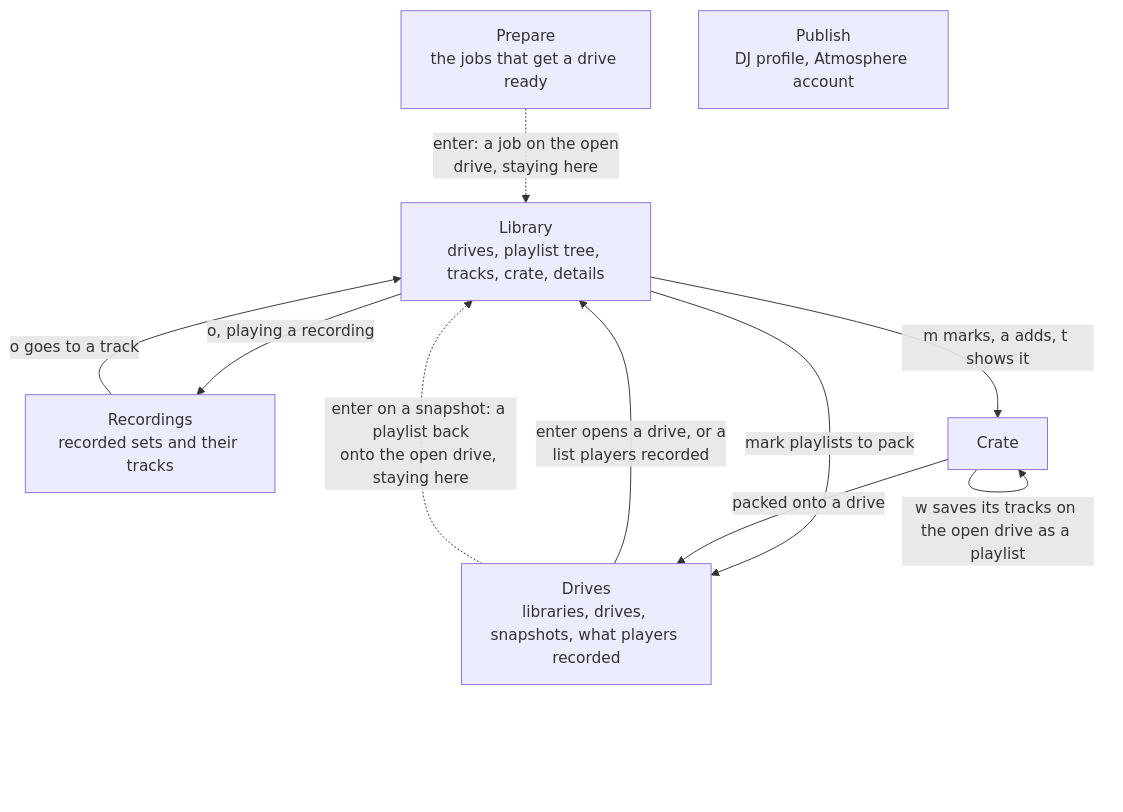
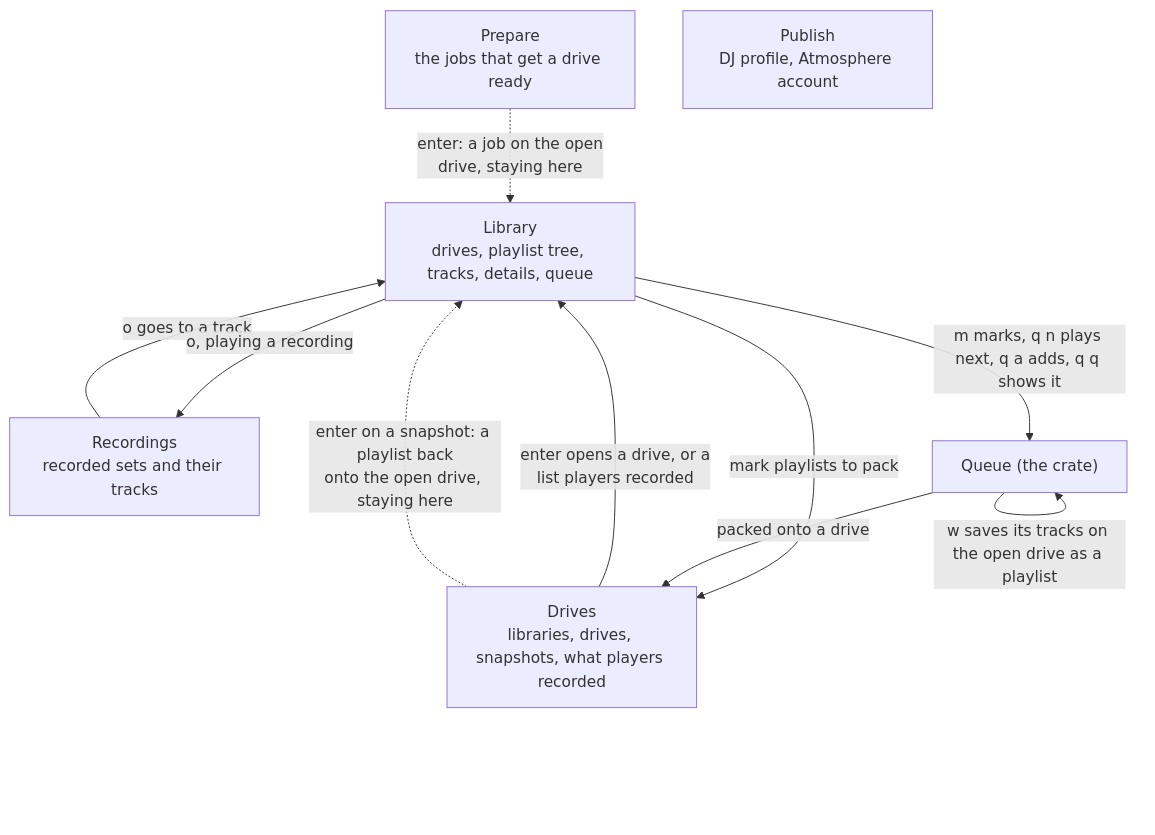
One commit to cutenode/localnetwork changed the first of 17 diagrams in apps/locallibrary/docs/diagrams/player.md. Above: the diagram before and after it, drawn with Mermaid. The commit also changed other lines of this file and 48 other files, not shown here.

First line of the commit message:
feat(locallibrary): a real queue for what plays next

````diff
--- a/apps/locallibrary/docs/diagrams/player.md
+++ b/apps/locallibrary/docs/diagrams/player.md
@@ -27,17 +27,17 @@
 ```mermaid
 flowchart TD
-    library["Library<br/>drives, playlist tree, tracks, crate, details"]
+    library["Library<br/>drives, playlist tree, tracks, details, queue"]
     prepare["Prepare<br/>the jobs that get a drive ready"]
     drives["Drives<br/>libraries, drives, snapshots, what players recorded"]
     recordings["Recordings<br/>recorded sets and their tracks"]
     publish["Publish<br/>DJ profile, Atmosphere account"]
     drives -->|"enter opens a drive, or a<br/>list players recorded"| library
     drives -.->|"enter on a snapshot: a playlist back<br/>onto the open drive, staying here"| library
     prepare -.->|"enter: a job on the open<br/>drive, staying here"| library
     recordings -->|"o goes to a track"| library
     library -->|"o, playing a recording"| recordings
     library -->|"mark playlists to pack"| drives
-    library -->|"m marks, a adds, t shows it"| crate["Crate"]
+    library -->|"m marks, q n plays next, q a adds, q q shows it"| crate["Queue (the crate)"]
     crate -->|"w saves its tracks on the open drive as a playlist"| crate
     crate -->|"packed onto a drive"| drives
 ```
````
